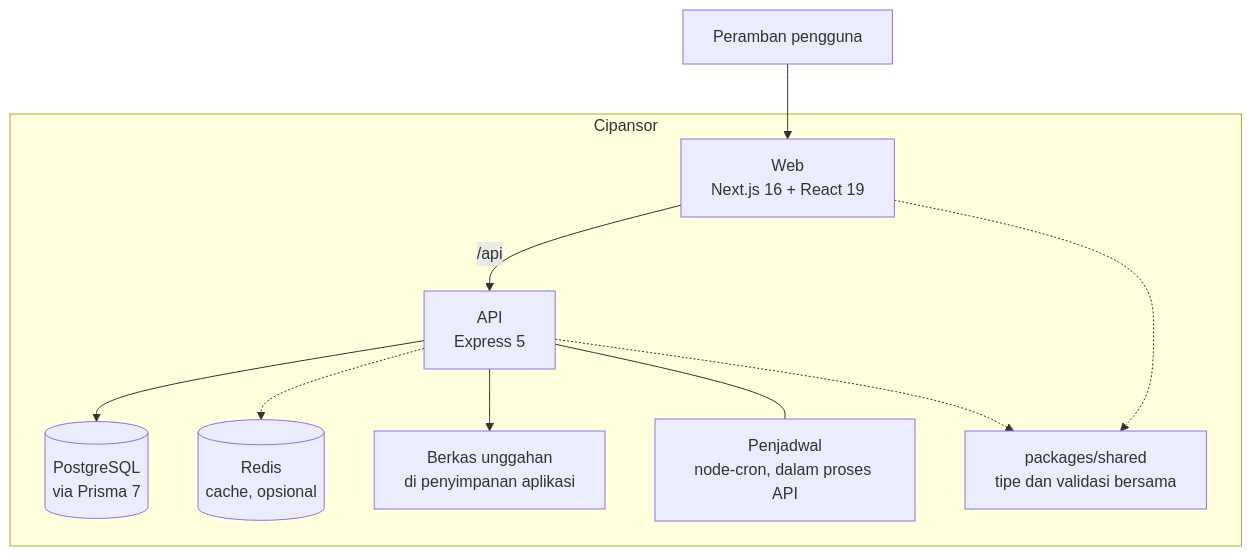
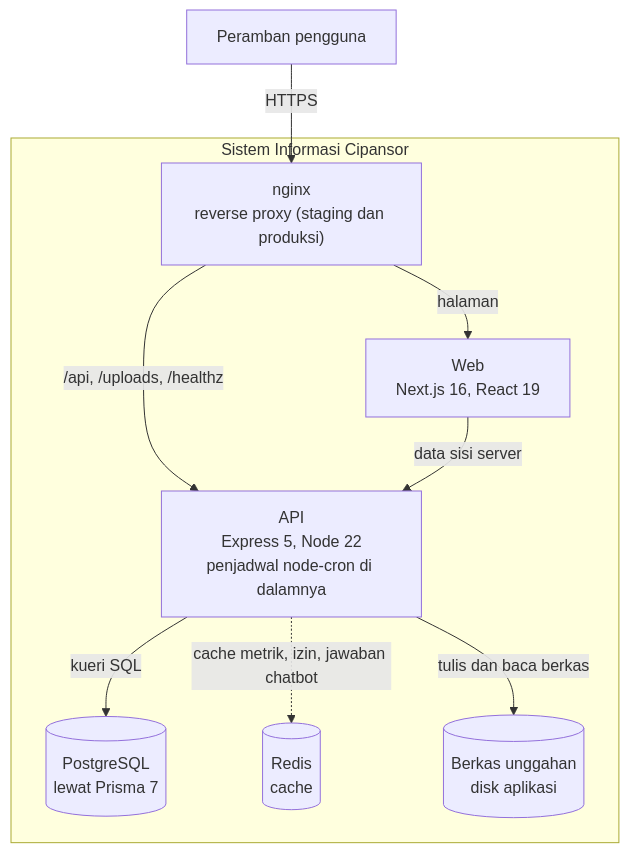
One commit to ypcipansor/cipansor changed the second of 11 diagrams in docs/dokumen-aplikasi/dokumen-teknis-cipansor.md. Above: the diagram before and after it, drawn with Mermaid. The commit also changed other lines of this file and 68 other files, not shown here.

````diff
--- a/docs/dokumen-aplikasi/dokumen-teknis-cipansor.md
+++ b/docs/dokumen-aplikasi/dokumen-teknis-cipansor.md
@@ -176,22 +176,20 @@
 ```mermaid
-%% caption: Kontainer — bagian-bagian yang berjalan sendiri
+%% caption: C4-2 Kontainer — bagian yang berjalan sendiri dan cara mereka berhubungan
 flowchart TB
   Browser["Peramban pengguna"]
-  subgraph Yayasan["Cipansor"]
-    Web["Web<br/>Next.js 16 + React 19"]
-    API["API<br/>Express 5"]
-    Jobs["Penjadwal<br/>node-cron, dalam proses API"]
-    Shared["packages/shared<br/>tipe dan validasi bersama"]
-    DB[("PostgreSQL<br/>via Prisma 7")]
-    Redis[("Redis<br/>cache, opsional")]
-    Files["Berkas unggahan<br/>di penyimpanan aplikasi"]
+  subgraph Cipansor["Sistem Informasi Cipansor"]
+    Nginx["nginx<br/>reverse proxy (staging dan produksi)"]
+    Web["Web<br/>Next.js 16, React 19"]
+    API["API<br/>Express 5, Node 22<br/>penjadwal node-cron di dalamnya"]
+    DB[("PostgreSQL<br/>lewat Prisma 7")]
+    Redis[("Redis<br/>cache")]
+    Files[("Berkas unggahan<br/>disk aplikasi")]
   end
-  Browser --> Web
-  Web -->|"/api"| API
-  API --> DB
-  API -.-> Redis
-  API --> Files
-  API --- Jobs
-  Web -.-> Shared
-  API -.-> Shared
+  Browser -->|"HTTPS"| Nginx
+  Nginx -->|"halaman"| Web
+  Nginx -->|"/api, /uploads, /healthz"| API
+  Web -->|"data sisi server"| API
+  API -->|"kueri SQL"| DB
+  API -.->|"cache metrik, izin, jawaban chatbot"| Redis
+  API -->|"tulis dan baca berkas"| Files
 ```
````
